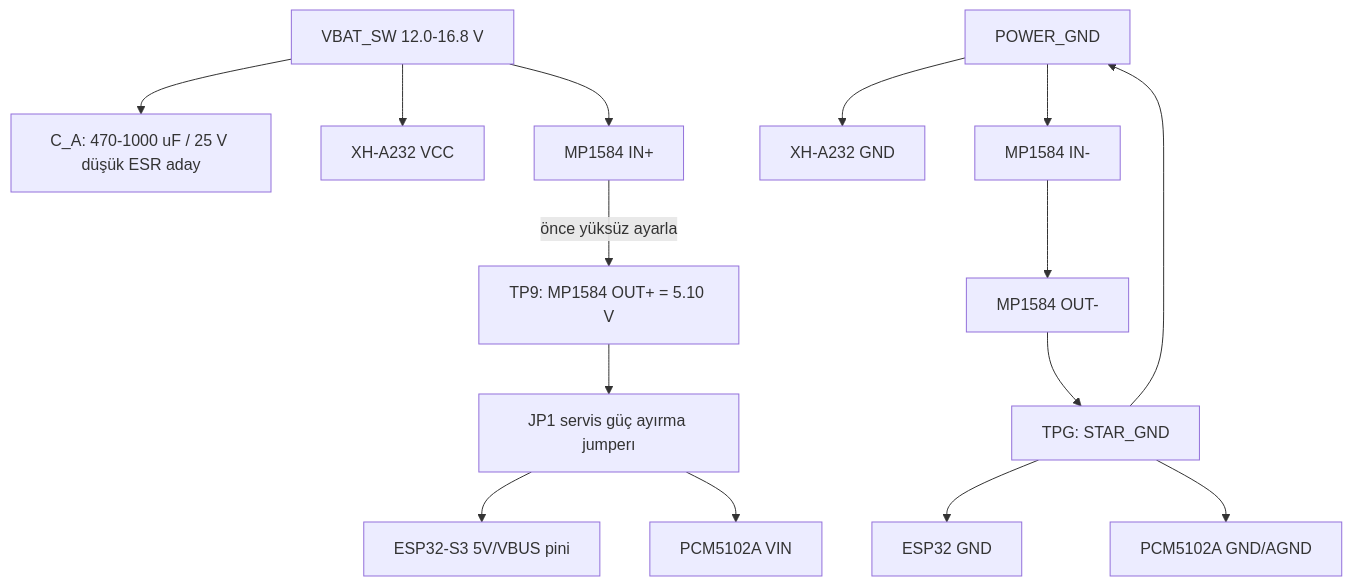
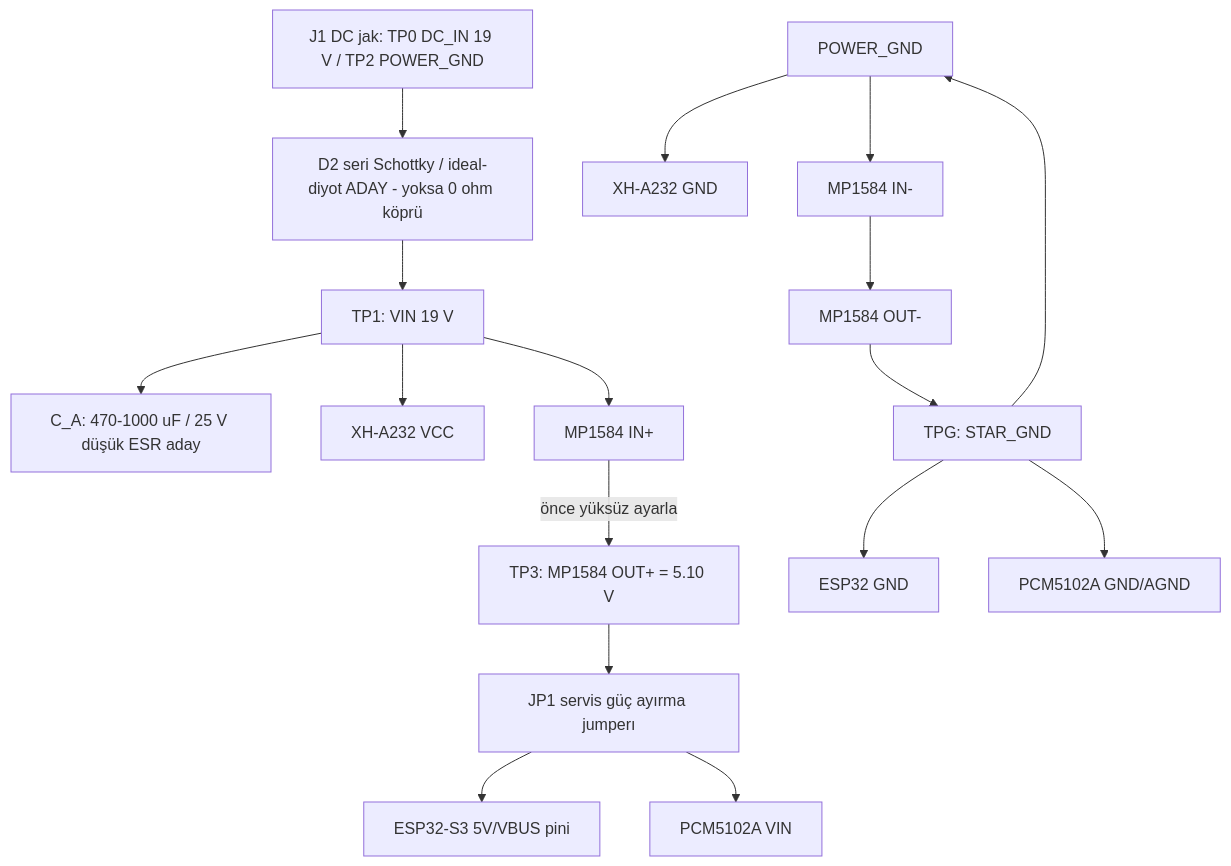
Before and after one commit to ktahatastan/esp32-airplay-speakers: the second of 7 diagrams in docs/02-hardware/circuit-and-wiring-plan.md, drawn with Mermaid. The commit also changed other lines of this file and 226 other files, not shown here.

````diff
--- a/docs/02-hardware/circuit-and-wiring-plan.md
+++ b/docs/02-hardware/circuit-and-wiring-plan.md
@@ -110,18 +61,20 @@
 ```mermaid
 flowchart TB
-    VBAT[VBAT_SW 12.0-16.8 V] --> CMAIN[C_A: 470-1000 uF / 25 V düşük ESR aday]
-    VBAT --> AMP[XH-A232 VCC]
-    VBAT --> BIN[MP1584 IN+]
+    JACK[J1 DC jak: TP0 DC_IN 19 V / TP2 POWER_GND] --> D2[D2 seri Schottky / ideal-diyot ADAY - yoksa 0 ohm köprü]
+    D2 --> VIN[TP1: VIN 19 V]
+    VIN --> CMAIN[C_A: 470-1000 uF / 25 V düşük ESR aday]
+    VIN --> AMP[XH-A232 VCC]
+    VIN --> BIN[MP1584 IN+]
     PGND[POWER_GND] --> AMP_G[XH-A232 GND]
     PGND --> BING[MP1584 IN-]
 
-    BIN -->|önce yüksüz ayarla| BOUT[TP9: MP1584 OUT+ = 5.10 V]
+    BIN -->|önce yüksüz ayarla| BOUT[TP3: MP1584 OUT+ = 5.10 V]
     BING --> BOUTG[MP1584 OUT-]
     BOUT --> JP1[JP1 servis güç ayırma jumperı]
     JP1 --> ESP5[ESP32-S3 5V/VBUS pini]
     JP1 --> DAC5[PCM5102A VIN]
     BOUTG --> STAR[TPG: STAR_GND]
     STAR --> ESPG[ESP32 GND]
     STAR --> DACG[PCM5102A GND/AGND]
     STAR --> PGND
 ```
````
